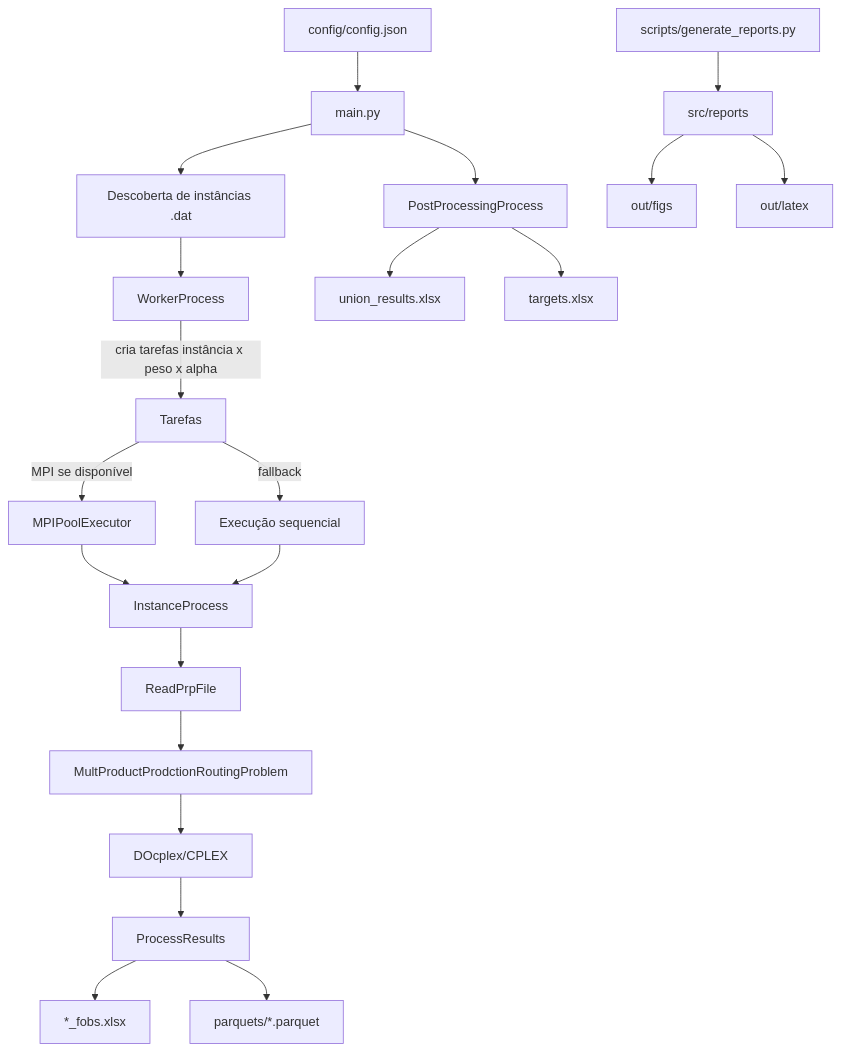
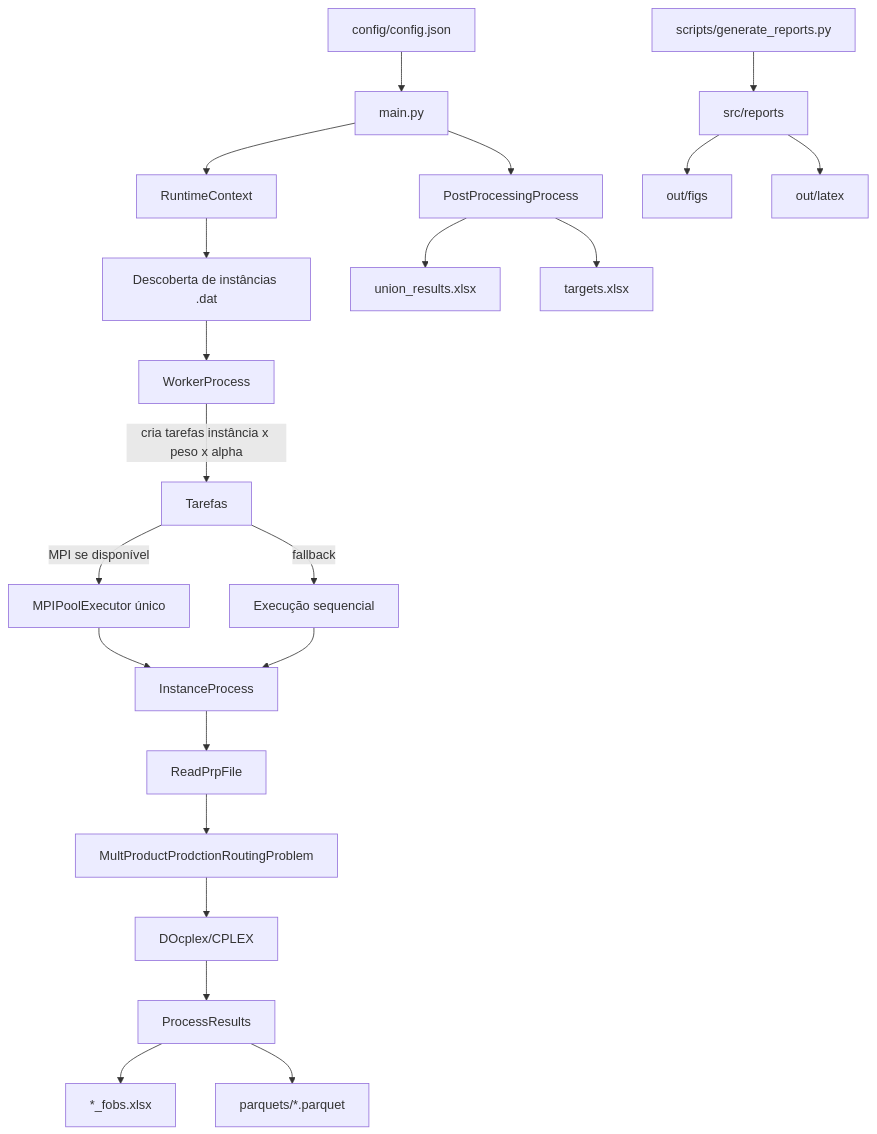
Before and after one commit to gsamaro/lsvrp: the first of 3 diagrams in AGENTS.md, drawn with Mermaid. The commit also changed other lines of this file and 6 other files, not shown here.

````diff
--- a/AGENTS.md
+++ b/AGENTS.md
@@ -46,23 +46,24 @@
 ```mermaid
 flowchart TD
     CFG["config/config.json"] --> MAIN["main.py"]
-    MAIN --> DISC["Descoberta de instâncias .dat"]
+    MAIN --> RUNTIME["RuntimeContext"]
+    RUNTIME --> DISC["Descoberta de instâncias .dat"]
     DISC --> WP["WorkerProcess"]
     WP -->|cria tarefas instância x peso x alpha| TASKS["Tarefas"]
-    TASKS -->|MPI se disponível| MPI["MPIPoolExecutor"]
+    TASKS -->|MPI se disponível| MPI["MPIPoolExecutor único"]
     TASKS -->|fallback| SEQ["Execução sequencial"]
     MPI --> IP["InstanceProcess"]
     SEQ --> IP
     IP --> READ["ReadPrpFile"]
     READ --> MODEL["MultProductProdctionRoutingProblem"]
     MODEL --> CPLEX["DOcplex/CPLEX"]
     CPLEX --> RES["ProcessResults"]
     RES --> XLSX["*_fobs.xlsx"]
     RES --> PARQ["parquets/*.parquet"]
     MAIN --> POST["PostProcessingProcess"]
     POST --> UNION["union_results.xlsx"]
     POST --> TARGETS["targets.xlsx"]
     REPORTS["scripts/generate_reports.py"] --> RPT["src/reports"]
     RPT --> FIGS["out/figs"]
     RPT --> TEX["out/latex"]
 ```
````
